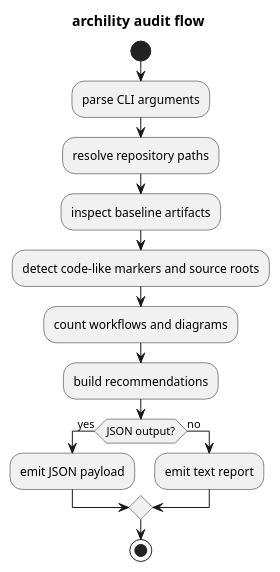
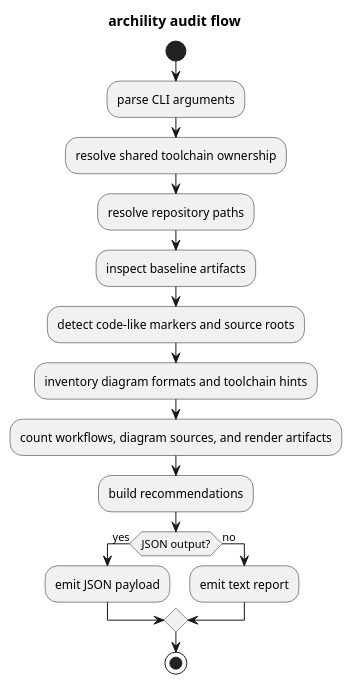
The diagram in docs/diagrams/archility-audit-flow.puml (casonk/archility), drawn with PlantUML before and after one commit. The commit also changed 26 other files, not shown here.

Commit message:
feat: expand architecture tooling

```diff
--- a/docs/diagrams/archility-audit-flow.puml
+++ b/docs/diagrams/archility-audit-flow.puml
@@ -1,19 +1,21 @@
 @startuml
 title archility audit flow
 
 start
 :parse CLI arguments;
+:resolve shared toolchain ownership;
 :resolve repository paths;
 :inspect baseline artifacts;
 :detect code-like markers and source roots;
-:count workflows and diagrams;
+:inventory diagram formats and toolchain hints;
+:count workflows, diagram sources, and render artifacts;
 :build recommendations;
 
 if (JSON output?) then (yes)
   :emit JSON payload;
 else (no)
   :emit text report;
 endif
 
 stop
 @enduml
```
